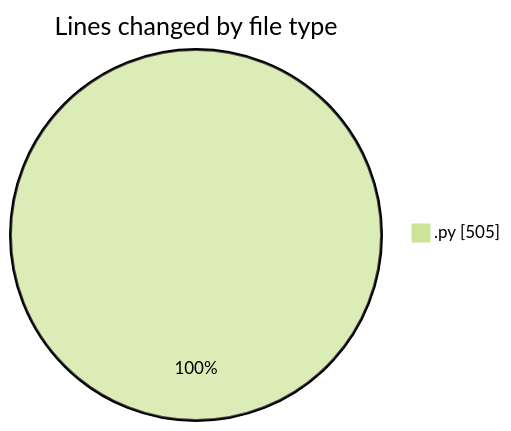
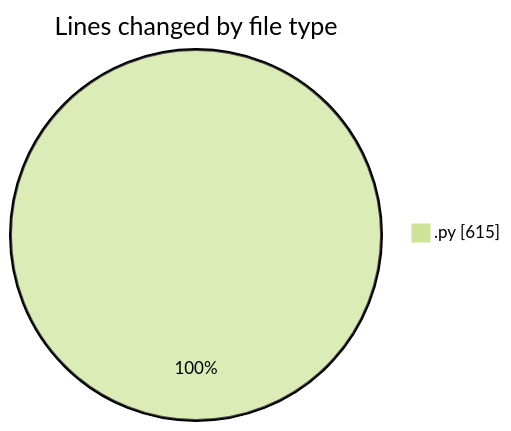
One commit to momahboobian/code-tracking changed the first of 2 diagrams in 2025-03-25/samplepdf/README.md. Above: the diagram before and after it, drawn with Mermaid (forest theme). The commit also changed other lines of this file and 1 other file, not shown here.

````diff
--- a/2025-03-25/samplepdf/README.md
+++ b/2025-03-25/samplepdf/README.md
@@ -23,5 +24,5 @@
 ```mermaid
 pie showData
 title Lines changed by file type
-".py" : 505
+".py" : 615
 ```
````
